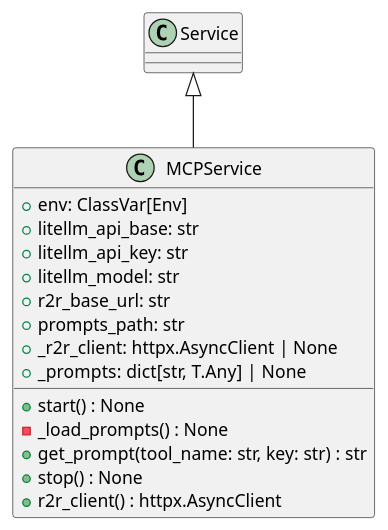
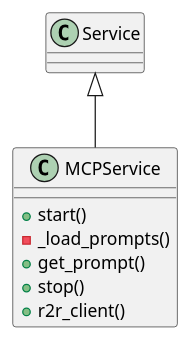
One commit to lgcorzo/llmops-python-package changed the diagram in openwiki/src/autogen_team/infrastructure/services/mcp_service.md. Above: the diagram before and after it, drawn with PlantUML. The commit also changed other lines of this file and 77 other files, not shown here.

````diff
--- a/openwiki/src/autogen_team/infrastructure/services/mcp_service.md
+++ b/openwiki/src/autogen_team/infrastructure/services/mcp_service.md
@@ -54,20 +175,12 @@
 ```plantuml
 @startuml
-    Service <|-- MCPService
-    class MCPService {
-        +env: ClassVar[Env]
-        +litellm_api_base: str
-        +litellm_api_key: str
-        +litellm_model: str
-        +r2r_base_url: str
-        +prompts_path: str
-        +_r2r_client: httpx.AsyncClient | None
-        +_prompts: dict[str, T.Any] | None
-        +start() : None
-        -_load_prompts() : None
-        +get_prompt(tool_name: str, key: str) : str
-        +stop() : None
-        +r2r_client() : httpx.AsyncClient
-    }
+class MCPService {
+  + start()
+  - _load_prompts()
+  + get_prompt()
+  + stop()
+  + r2r_client()
+}
+Service <|-- MCPService
 @enduml
 ```
````
